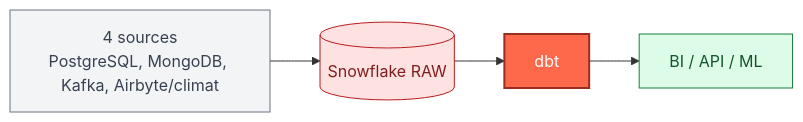
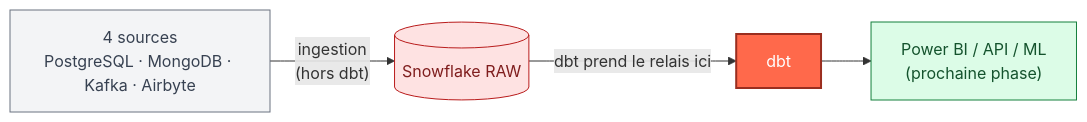
Before and after one commit to abdoudjigo/assaman-suuf: the first of 9 diagrams in dbt_project/README_dbt_staging.md, drawn with Mermaid. The commit also changed other lines of this file, not shown here.

Commit message:
docs(dbt): mettre a jour la documentation

````diff
--- a/dbt_project/README_dbt_staging.md
+++ b/dbt_project/README_dbt_staging.md
@@ -42,15 +42,15 @@
 ```mermaid
 flowchart LR
-    SRC["4 sources<br/>PostgreSQL, MongoDB, Kafka, Airbyte/climat"] --> RAW[("Snowflake RAW")]
-    RAW --> DBT["dbt"]
-    DBT --> OUT["BI / API / ML"]
+    SRC["4 sources<br/>PostgreSQL · MongoDB · Kafka · Airbyte"] -->|"ingestion<br/>(hors dbt)"| RAW[("Snowflake RAW")]
+    RAW -->|"dbt prend le relais ici"| DBT["dbt"]
+    DBT --> OUT["Power BI / API / ML<br/>(prochaine phase)"]
 
     classDef src fill:#F3F4F6,stroke:#6B7280,color:#374151
     classDef raw fill:#FEE2E2,stroke:#B91C1C,color:#7F1D1D
     classDef dbt fill:#FF694B,stroke:#9A2E1F,color:#fff,stroke-width:2px
     classDef out fill:#DCFCE7,stroke:#15803D,color:#14532D
     class SRC src
     class RAW raw
     class DBT dbt
     class OUT out
 ```
````
